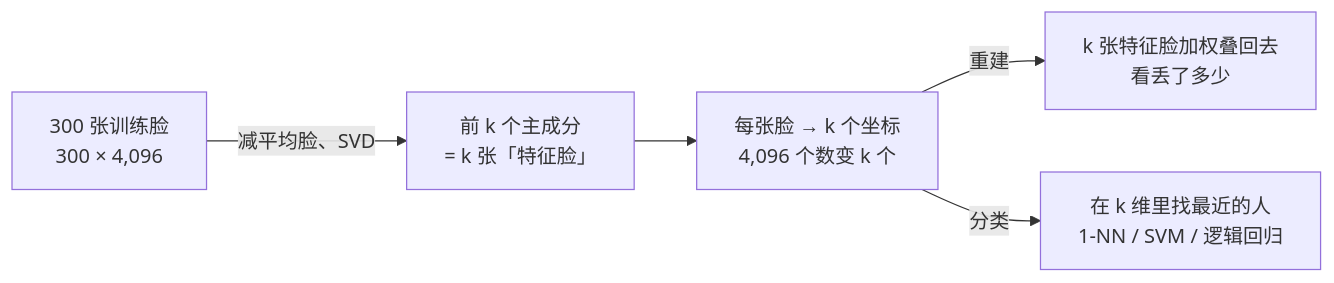
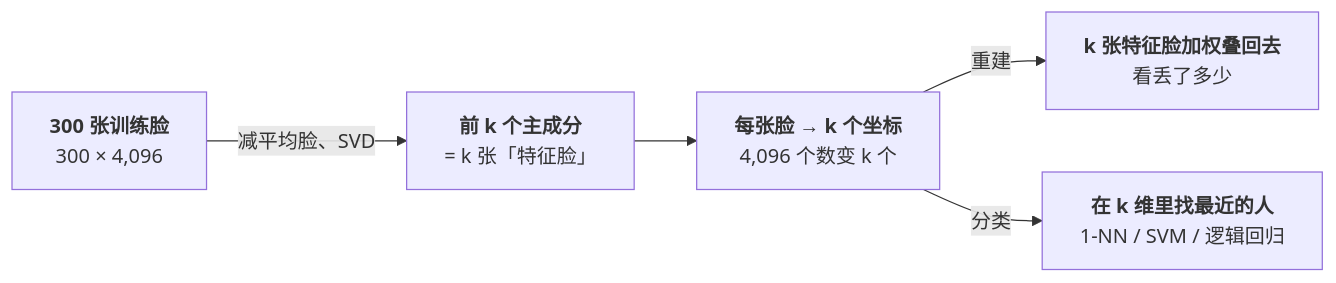
The diagram in _posts/2026-03-07-dimensionality-reduction-pca-svd-tsne-and-umap.md (arganzheng/arganzheng.github.com), drawn with Mermaid before and after one commit. The commit also changed 8 other files, not shown here.

First line of the commit message:
LLM 时代的经典机器学习：只讲它在哪里重现：Mermaid 多行方框的首行标为标题（9 篇）

````diff
--- a/_posts/2026-03-07-dimensionality-reduction-pca-svd-tsne-and-umap.md
+++ b/_posts/2026-03-07-dimensionality-reduction-pca-svd-tsne-and-umap.md
@@ -407,8 +407,8 @@
 ```mermaid
 %% 图：Eigenfaces 的三步
 flowchart LR
-    A["300 张训练脸<br/>300 × 4,096"] -->|减平均脸、SVD| B["前 k 个主成分<br/>= k 张「特征脸」"]
-    B --> C["每张脸 → k 个坐标<br/>4,096 个数变 k 个"]
-    C -->|重建| D["k 张特征脸加权叠回去<br/>看丢了多少"]
-    C -->|分类| E["在 k 维里找最近的人<br/>1-NN / SVM / 逻辑回归"]
+    A["<b>300 张训练脸</b><br/>300 × 4,096"] -->|减平均脸、SVD| B["<b>前 k 个主成分</b><br/>= k 张「特征脸」"]
+    B --> C["<b>每张脸 → k 个坐标</b><br/>4,096 个数变 k 个"]
+    C -->|重建| D["<b>k 张特征脸加权叠回去</b><br/>看丢了多少"]
+    C -->|分类| E["<b>在 k 维里找最近的人</b><br/>1-NN / SVM / 逻辑回归"]
 ```
````
